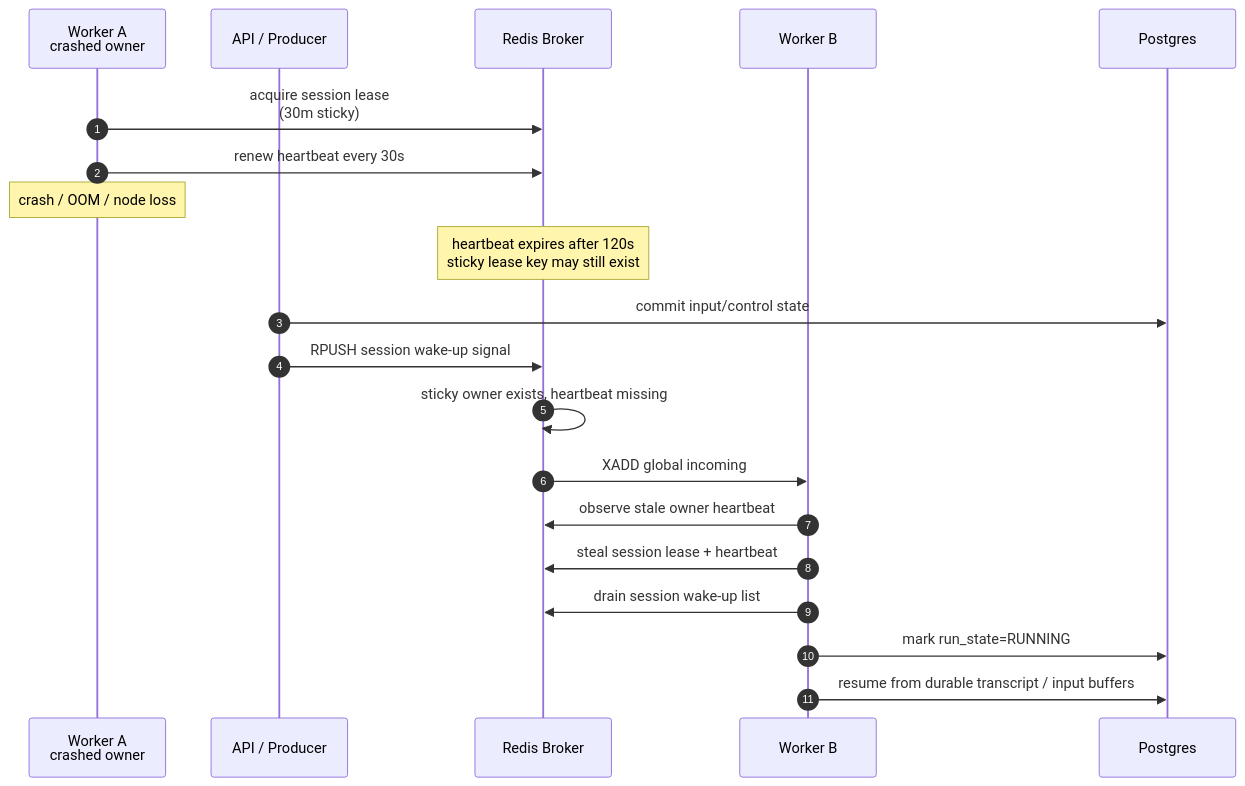
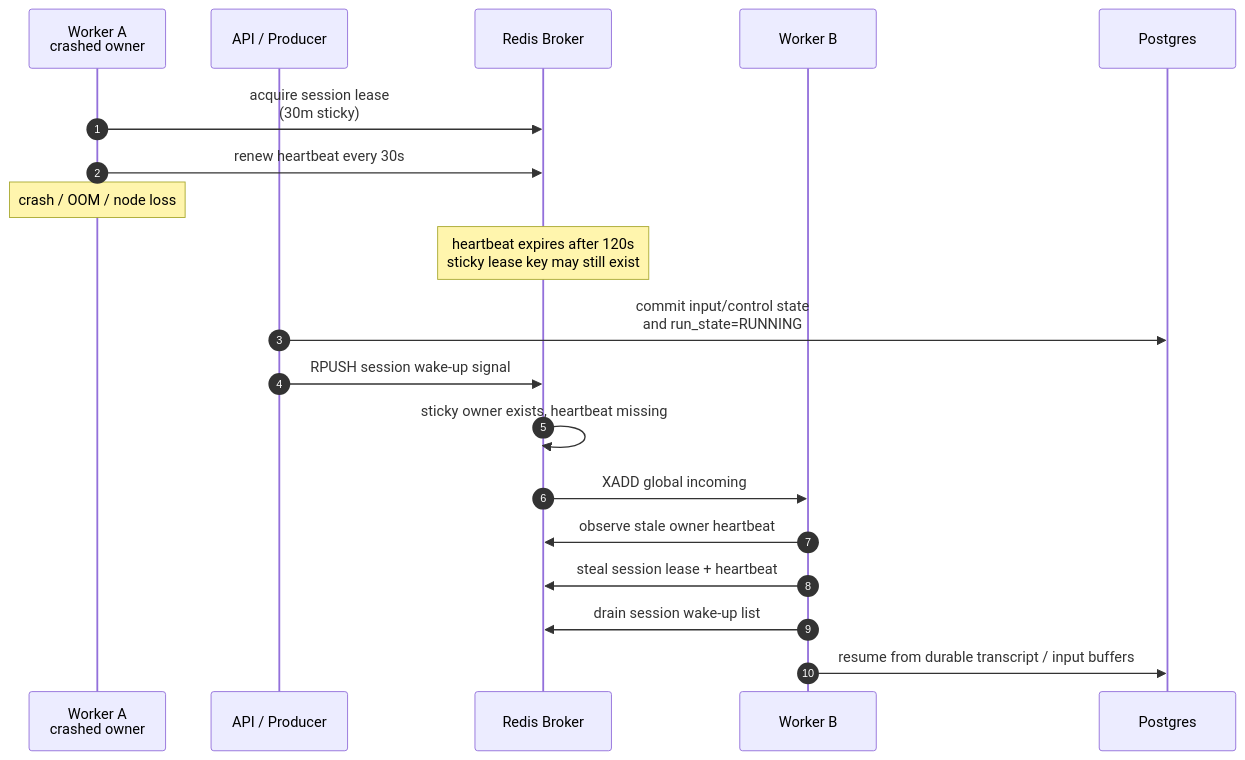
Before and after one commit to azents/azents: the second of 2 diagrams in docs/azents/spec/flow/run-resume.md, drawn with Mermaid. The commit also changed other lines of this file and 25 other files, not shown here.

````diff
--- a/docs/azents/spec/flow/run-resume.md
+++ b/docs/azents/spec/flow/run-resume.md
@@ -178,23 +180,22 @@
 ```mermaid
 sequenceDiagram
     autonumber
     participant WA as Worker A<br/>crashed owner
     participant API as API / Producer
     participant R as Redis Broker
     participant WB as Worker B
     participant DB as Postgres
 
     WA->>R: acquire session lease<br/>(30m sticky)
     WA->>R: renew heartbeat every 30s
     Note over WA: crash / OOM / node loss
     Note over R: heartbeat expires after 120s<br/>sticky lease key may still exist
-    API->>DB: commit input/control state
+    API->>DB: commit input/control state<br/>and run_state=RUNNING
     API->>R: RPUSH session wake-up signal
     R->>R: sticky owner exists, heartbeat missing
     R->>WB: XADD global incoming
     WB->>R: observe stale owner heartbeat
     WB->>R: steal session lease + heartbeat
     WB->>R: drain session wake-up list
-    WB->>DB: mark run_state=RUNNING
     WB->>DB: resume from durable transcript / input buffers
 ```
````
